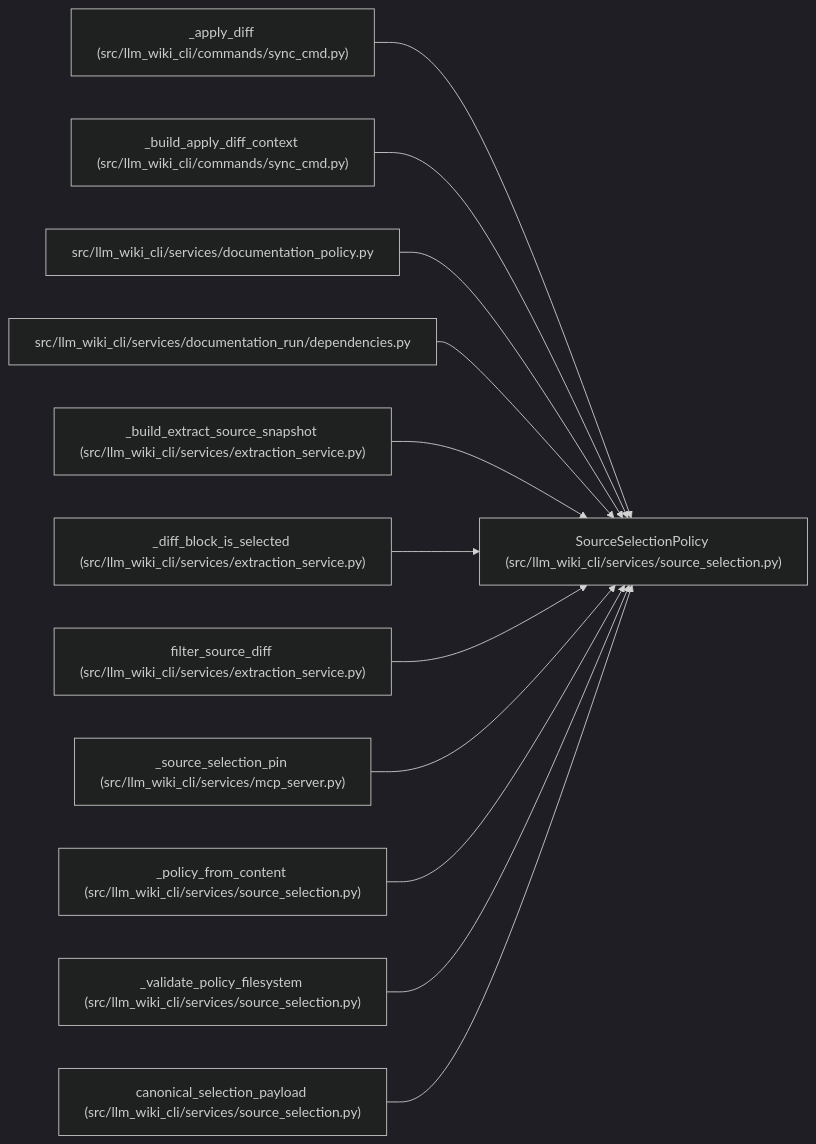
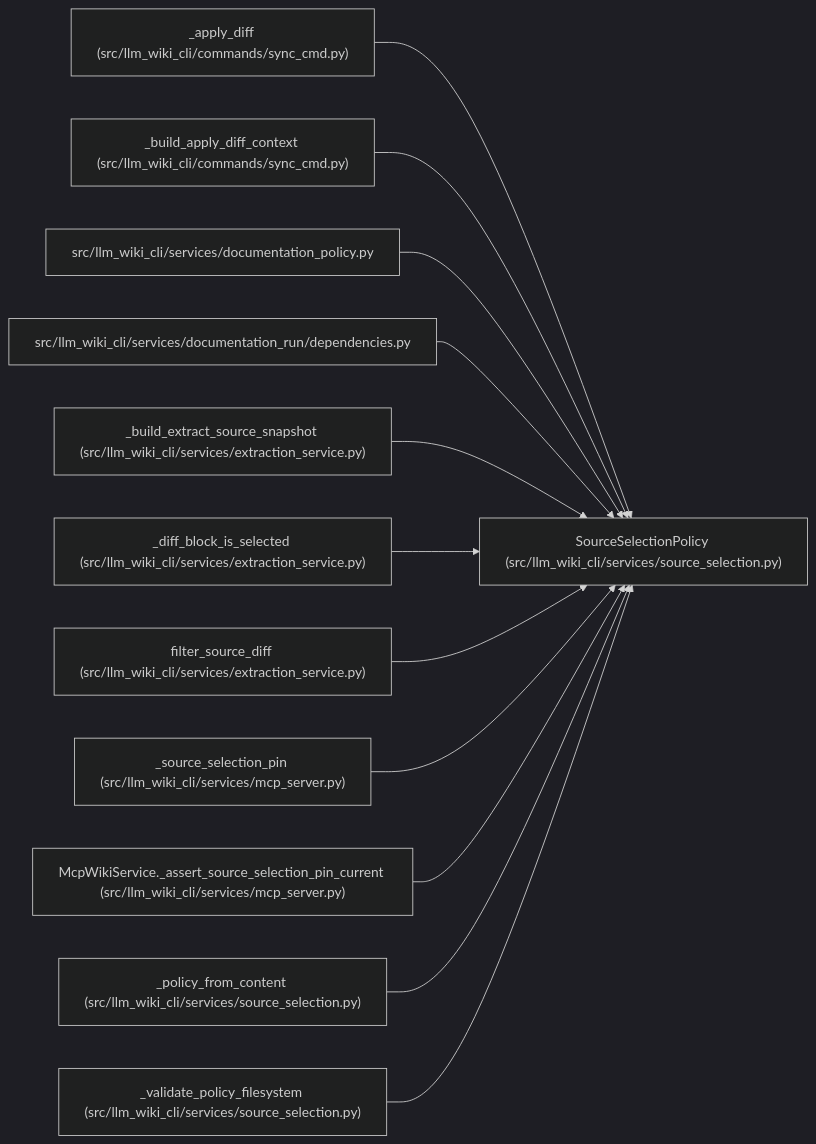
Before and after one commit to Denissvgn/python-wiki-llm: the diagram in docs/llm_wiki/entities/SourceSelectionPolicy.md, drawn with Mermaid (dark theme). The commit also changed other lines of this file and 364 other files, not shown here.

````diff
--- a/docs/llm_wiki/entities/SourceSelectionPolicy.md
+++ b/docs/llm_wiki/entities/SourceSelectionPolicy.md
@@ -37,38 +37,38 @@
 ```mermaid
 flowchart LR
     n0["SourceSelectionPolicy (src/llm_wiki_cli/services/source_selection.py)"]
     n1["_apply_diff (src/llm_wiki_cli/commands/sync_cmd.py)"]
     n2["_build_apply_diff_context (src/llm_wiki_cli/commands/sync_cmd.py)"]
     n3["src/llm_wiki_cli/services/documentation_policy.py"]
     n4["src/llm_wiki_cli/services/documentation_run/dependencies.py"]
     n5["_build_extract_source_snapshot (src/llm_wiki_cli/services/extraction_service.py)"]
     n6["_diff_block_is_selected (src/llm_wiki_cli/services/extraction_service.py)"]
     n7["filter_source_diff (src/llm_wiki_cli/services/extraction_service.py)"]
     n8["_source_selection_pin (src/llm_wiki_cli/services/mcp_server.py)"]
-    n9["_policy_from_content (src/llm_wiki_cli/services/source_selection.py)"]
-    n10["_validate_policy_filesystem (src/llm_wiki_cli/services/source_selection.py)"]
-    n11["canonical_selection_payload (src/llm_wiki_cli/services/source_selection.py)"]
+    n9["McpWikiService._assert_source_selection_pin_current (src/llm_wiki_cli/services/mcp_server.py)"]
+    n10["_policy_from_content (src/llm_wiki_cli/services/source_selection.py)"]
+    n11["_validate_policy_filesystem (src/llm_wiki_cli/services/source_selection.py)"]
     n1 --> n0
     n2 --> n0
     n3 --> n0
     n4 --> n0
     n5 --> n0
     n6 --> n0
     n7 --> n0
     n8 --> n0
     n9 --> n0
     n10 --> n0
     n11 --> n0
     click n0 "../modules/source_selection.md"
     click n1 "../modules/sync_cmd.md"
     click n2 "../modules/sync_cmd.md"
     click n3 "../modules/documentation_policy.md"
     click n4 "../modules/documentation_run_dependencies.md"
     click n5 "../modules/extraction_service.md"
     click n6 "../modules/extraction_service.md"
     click n7 "../modules/extraction_service.md"
     click n8 "../modules/mcp_server.md"
-    click n9 "../modules/source_selection.md"
+    click n9 "../modules/mcp_server.md"
     click n10 "../modules/source_selection.md"
     click n11 "../modules/source_selection.md"
 ```
````
